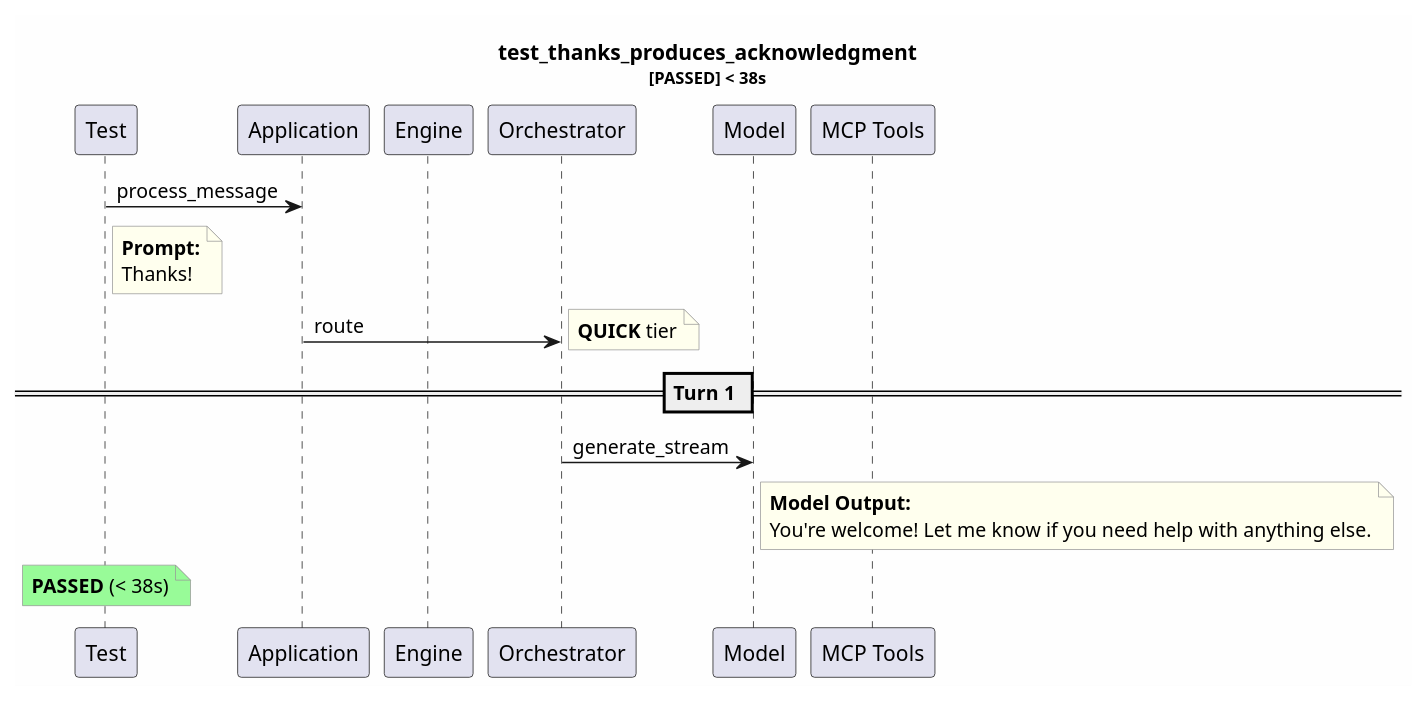
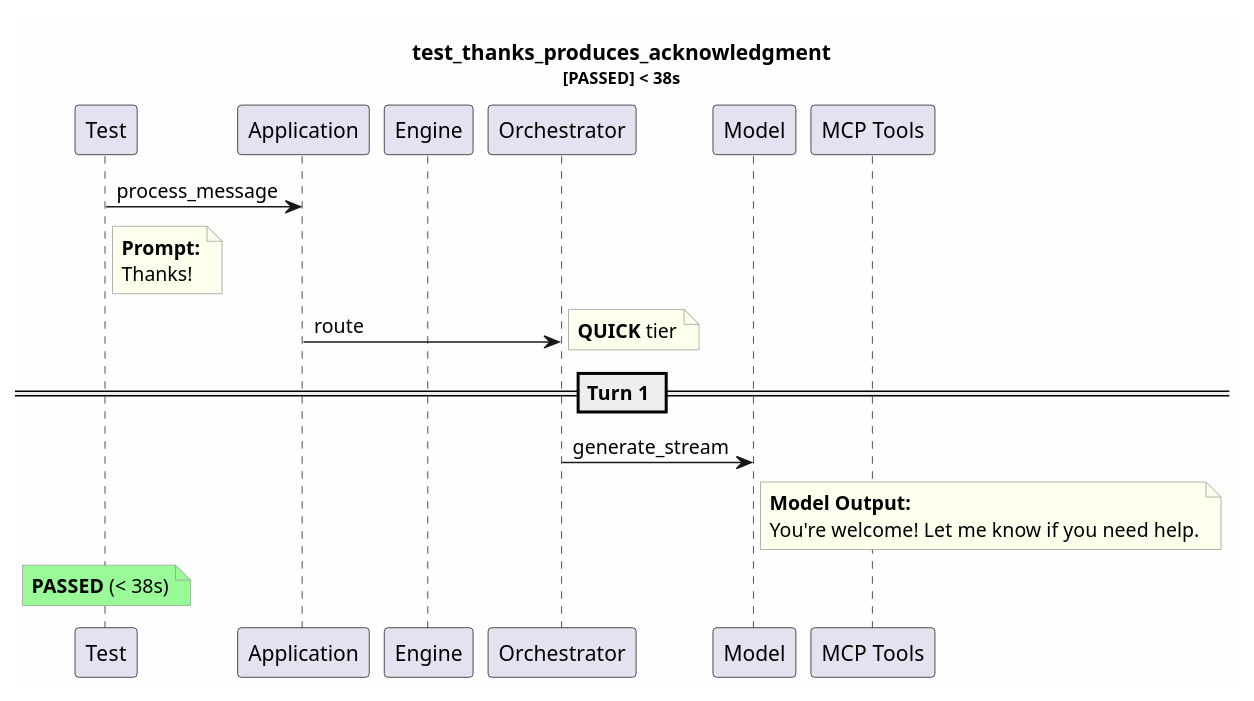
One commit to tvanfossen/entropic changed the diagram in test-reports/logs/test_thanks_produces_acknowledgment/test_thanks_produces_acknowledgment.puml. Above: the diagram before and after it, drawn with PlantUML. The commit also changed 15 other files, not shown here.

```diff
--- a/test-reports/logs/test_thanks_produces_acknowledgment/test_thanks_produces_acknowledgment.puml
+++ b/test-reports/logs/test_thanks_produces_acknowledgment/test_thanks_produces_acknowledgment.puml
@@ -1,31 +1,31 @@
 @startuml
 skinparam backgroundColor #FEFEFE
 skinparam noteBorderColor #999999
 skinparam noteBackgroundColor #FFFFEE
 title test_thanks_produces_acknowledgment\n<size:11>[PASSED] < 38s</size>
 
 participant "Test" as T
 participant "Application" as App
 participant "Engine" as Eng
 participant "Orchestrator" as Orch
 participant "Model" as Mdl
 participant "MCP Tools" as MCP
 
 T -> App: process_message
 note right of T
   **Prompt:**
   Thanks!
 end note
 App -> Orch: route
 note right: **QUICK** tier
 == Turn 1 ==
 Orch -> Mdl: generate_stream
 note right of Mdl
   **Model Output:**
-  You're welcome! Let me know if you need help with anything else.
+  You're welcome! Let me know if you need help.
 end note
 note over T #palegreen
   **PASSED** (< 38s)
 end note
 
 @enduml
```
